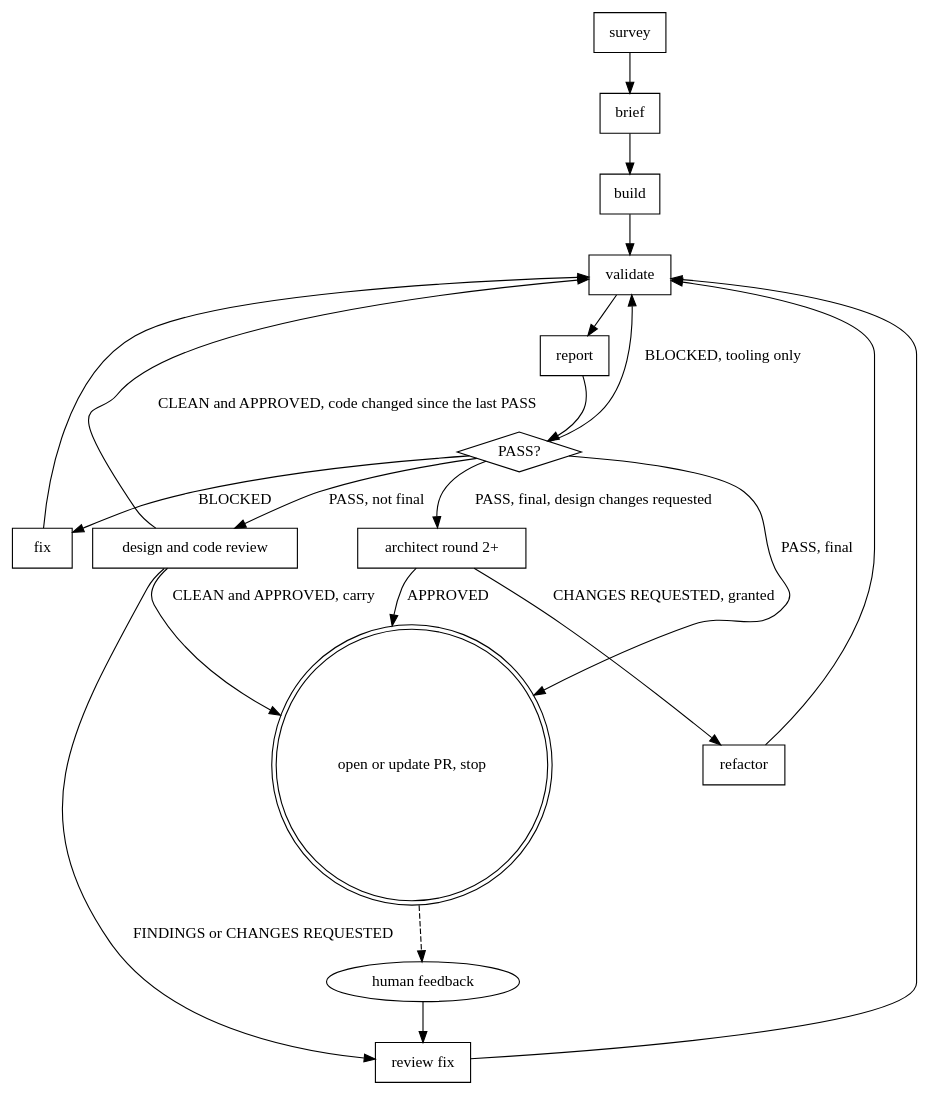
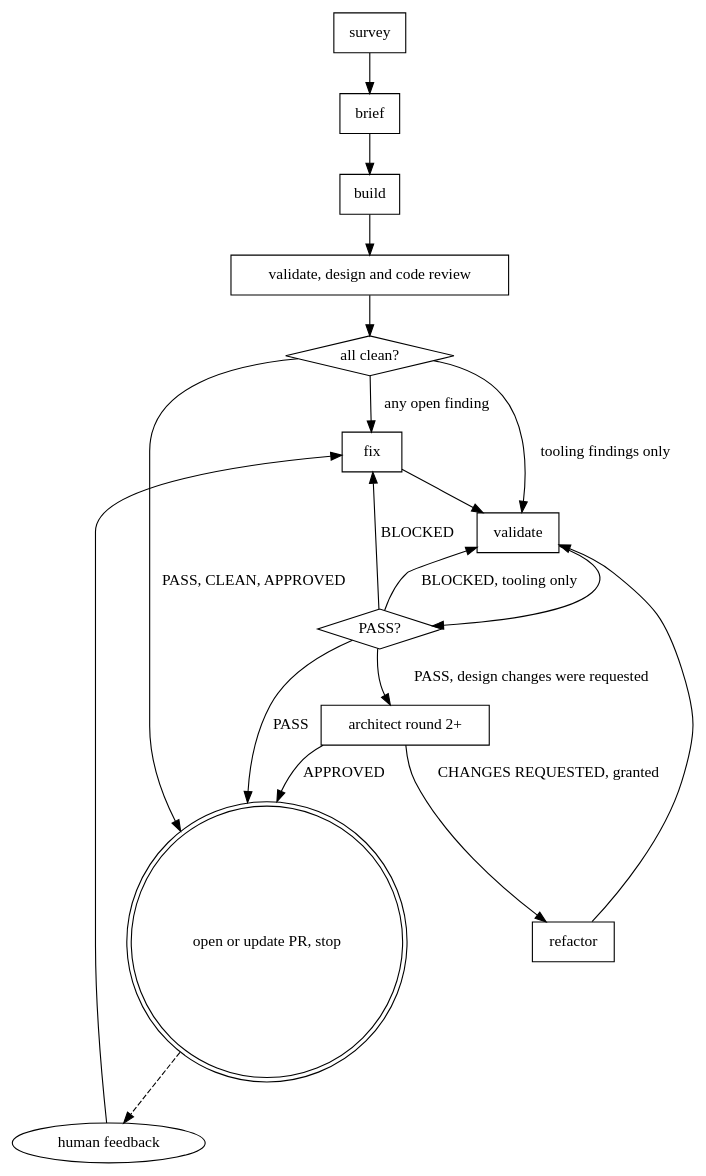
The diagram in loop/feature-loop/SKILL.md (eliotshea/claude-skills), drawn with Graphviz before and after one commit. The commit also changed other lines of this file and 4 other files, not shown here.

First line of the commit message:
feat(loop): review the build beside validation round 1, with one fix for all three

````diff
--- a/loop/feature-loop/SKILL.md
+++ b/loop/feature-loop/SKILL.md
@@ -143,27 +143,25 @@
 ```dot
 digraph feature_loop {
   node [shape=box];
-  survey; brief; build; validate; report; fix; "design and code review"; "review fix";
+  survey; brief; build; "validate, design and code review"; fix; validate;
   "architect round 2+"; refactor;
   "human feedback" [shape=ellipse];
-  "PASS?" [shape=diamond];
+  "all clean?" [shape=diamond]; "PASS?" [shape=diamond];
   "open or update PR, stop" [shape=doublecircle];
 
-  survey -> brief -> build -> validate -> report -> "PASS?";
+  survey -> brief -> build -> "validate, design and code review" -> "all clean?";
+  "all clean?" -> "open or update PR, stop" [label="PASS, CLEAN, APPROVED"];
+  "all clean?" -> fix [label="any open finding"];
+  "all clean?" -> validate [label="tooling findings only"];
+  fix -> validate -> "PASS?";
   "PASS?" -> fix [label="BLOCKED"];
   "PASS?" -> validate [label="BLOCKED, tooling only"];
-  fix -> validate;
-  "PASS?" -> "design and code review" [label="PASS, not final"];
-  "PASS?" -> "architect round 2+" [label="PASS, final, design changes requested"];
-  "PASS?" -> "open or update PR, stop" [label="PASS, final"];
-  "design and code review" -> "review fix" [label="FINDINGS or CHANGES REQUESTED"];
-  "design and code review" -> validate [label="CLEAN and APPROVED, code changed since the last PASS"];
-  "design and code review" -> "open or update PR, stop" [label="CLEAN and APPROVED, carry"];
-  "review fix" -> validate;
+  "PASS?" -> "architect round 2+" [label="PASS, design changes were requested"];
+  "PASS?" -> "open or update PR, stop" [label="PASS"];
   "architect round 2+" -> "open or update PR, stop" [label="APPROVED"];
   "architect round 2+" -> refactor [label="CHANGES REQUESTED, granted"];
   refactor -> validate;
   "open or update PR, stop" -> "human feedback" [style=dashed];
-  "human feedback" -> "review fix";
+  "human feedback" -> fix;
 }
 ```
````
